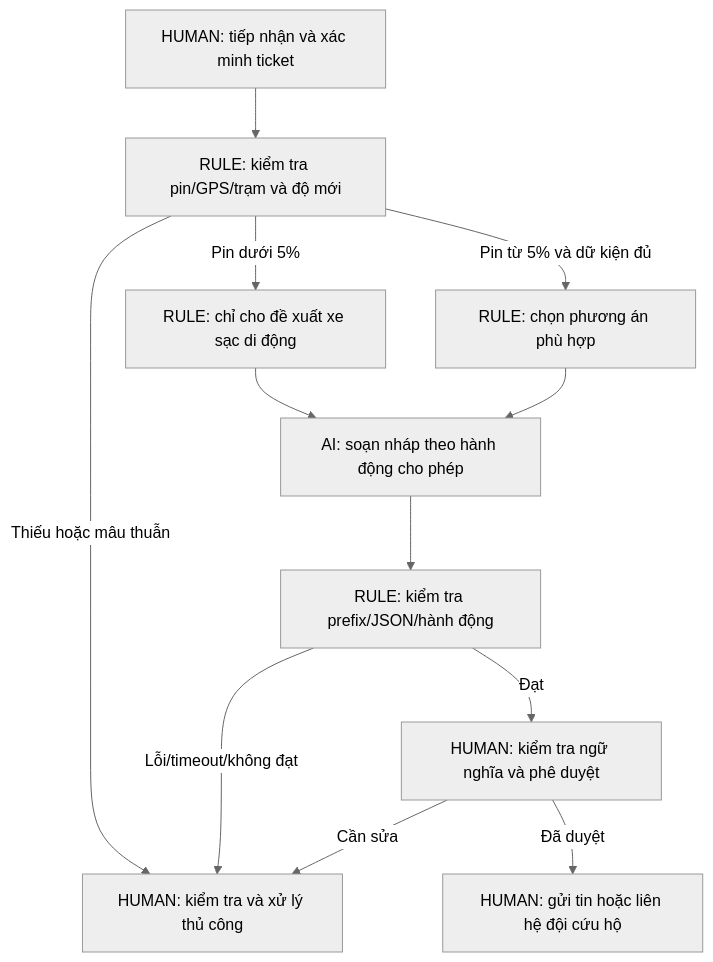
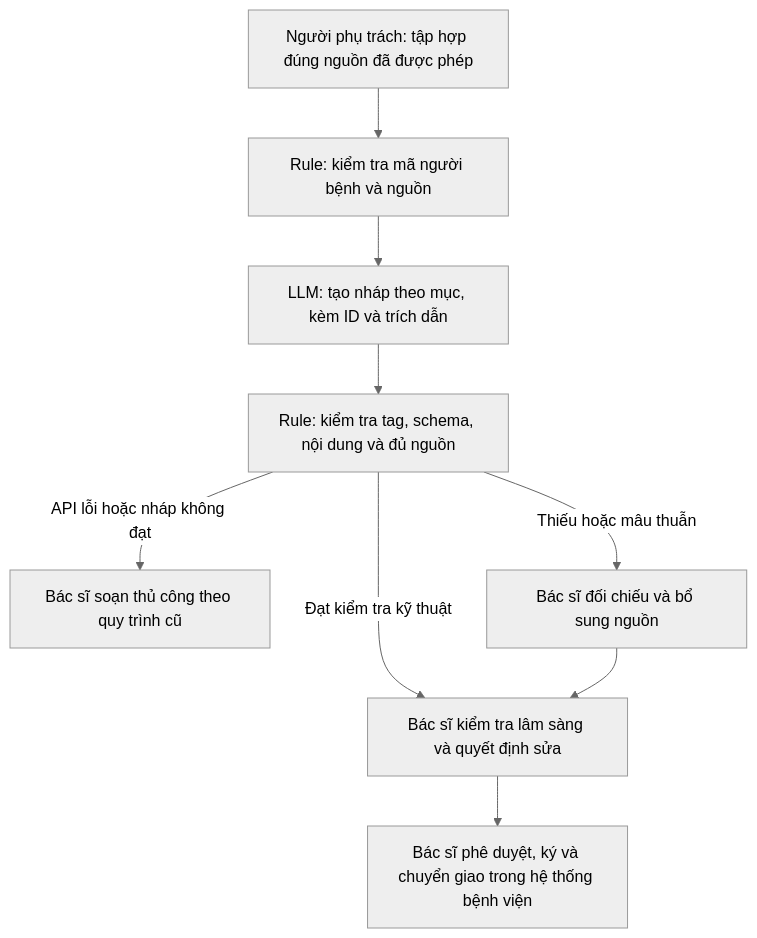
Before and after one commit to ArsNeonci/VinUni_Codelab_Day02_Template: the diagram in 02-deep-dive-report.md, drawn with Mermaid (neutral theme). The commit also changed other lines of this file and 14 other files, not shown here.

````diff
--- a/02-deep-dive-report.md
+++ b/02-deep-dive-report.md
@@ -53,14 +62,11 @@
 ```mermaid
 flowchart TD
-  A[HUMAN: tiếp nhận và xác minh ticket] --> B[RULE: kiểm tra pin/GPS/trạm và độ mới]
-  B -->|Thiếu hoặc mâu thuẫn| H[HUMAN: kiểm tra và xử lý thủ công]
-  B -->|Pin dưới 5%| C[RULE: chỉ cho đề xuất xe sạc di động]
-  B -->|Pin từ 5% và dữ kiện đủ| D[RULE: chọn phương án phù hợp]
-  C --> E[AI: soạn nháp theo hành động cho phép]
-  D --> E
-  E --> F[RULE: kiểm tra prefix/JSON/hành động]
-  F -->|Lỗi/timeout/không đạt| H
-  F -->|Đạt| G[HUMAN: kiểm tra ngữ nghĩa và phê duyệt]
-  G -->|Cần sửa| H
-  G -->|Đã duyệt| I[HUMAN: gửi tin hoặc liên hệ đội cứu hộ]
+  A[Người phụ trách: tập hợp đúng nguồn đã được phép] --> B[Rule: kiểm tra mã người bệnh và nguồn]
+  B --> C[LLM: tạo nháp theo mục, kèm ID và trích dẫn]
+  C --> D[Rule: kiểm tra tag, schema, nội dung và đủ nguồn]
+  D -->|API lỗi hoặc nháp không đạt| F[Bác sĩ soạn thủ công theo quy trình cũ]
+  D -->|Thiếu hoặc mâu thuẫn| E[Bác sĩ đối chiếu và bổ sung nguồn]
+  D -->|Đạt kiểm tra kỹ thuật| G[Bác sĩ kiểm tra lâm sàng và quyết định sửa]
+  E --> G
+  G --> H[Bác sĩ phê duyệt, ký và chuyển giao trong hệ thống bệnh viện]
 ```
````
